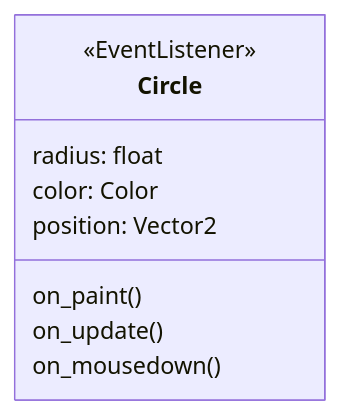
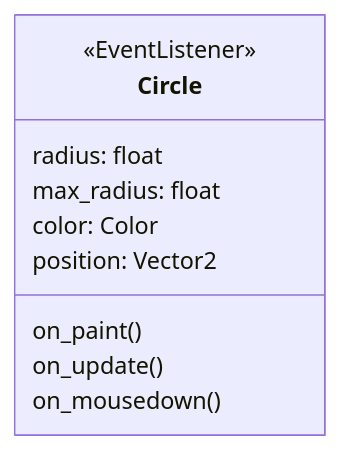
Before and after one commit to tank-king/katagames-docs: the first of 2 diagrams in clicker-game-new/game state.md, drawn with Mermaid. The commit also changed other lines of this file and 3 other files, not shown here.

````diff
--- a/clicker-game-new/game state.md
+++ b/clicker-game-new/game state.md
@@ -79,16 +79,17 @@
 ```mermaid
 classDiagram
 Circle
 
 class Circle{
 <<EventListener>>
 radius: float
+max_radius: float
 color: Color
 position: Vector2
 
 on_paint()
 on_update()
 on_mousedown()
-    }
+}
 
 ```
````
